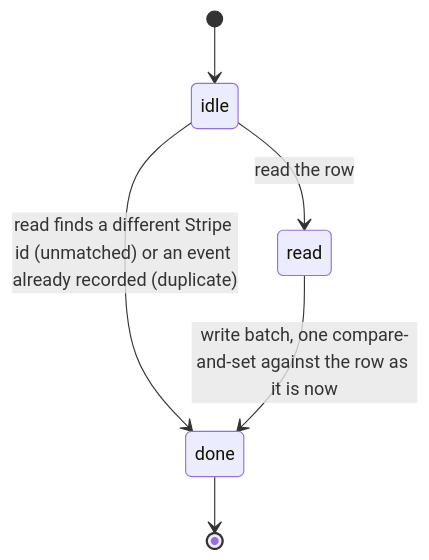
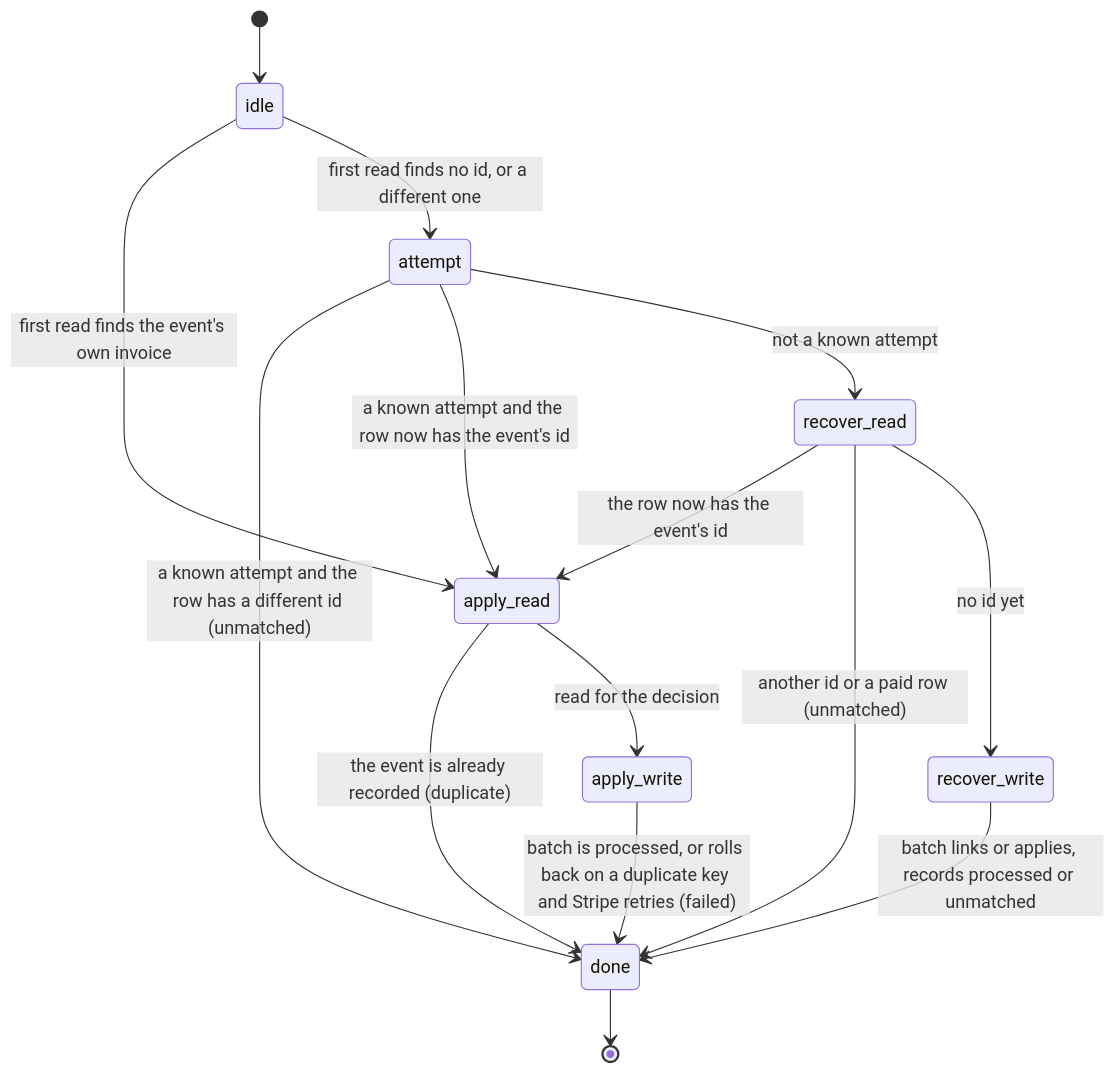
Before and after one commit to kwilson21/thesuperhuman.us: the second of 2 diagrams in docs/verification.md, drawn with Mermaid. The commit also changed other lines of this file and 2 other files, not shown here.

````diff
--- a/docs/verification.md
+++ b/docs/verification.md
@@ -40,8 +47,17 @@
 ```mermaid
 stateDiagram-v2
     [*] --> idle
-    idle --> done: read finds a different Stripe id (unmatched) or an event already recorded (duplicate)
-    idle --> read: read the row
-    read --> done: write batch, one compare-and-set against the row as it is now
+    idle --> apply_read: first read finds the event's own invoice
+    idle --> attempt: first read finds no id, or a different one
+    attempt --> done: a known attempt and the row has a different id (unmatched)
+    attempt --> apply_read: a known attempt and the row now has the event's id
+    attempt --> recover_read: not a known attempt
+    recover_read --> apply_read: the row now has the event's id
+    recover_read --> done: another id or a paid row (unmatched)
+    recover_read --> recover_write: no id yet
+    recover_write --> done: batch links or applies, records processed or unmatched
+    apply_read --> done: the event is already recorded (duplicate)
+    apply_read --> apply_write: read for the decision
+    apply_write --> done: batch is processed, or rolls back on a duplicate key and Stripe retries (failed)
     done --> [*]
 ```
````
